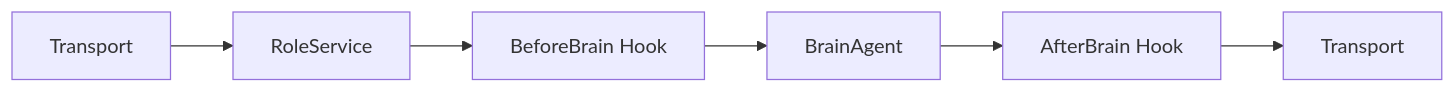
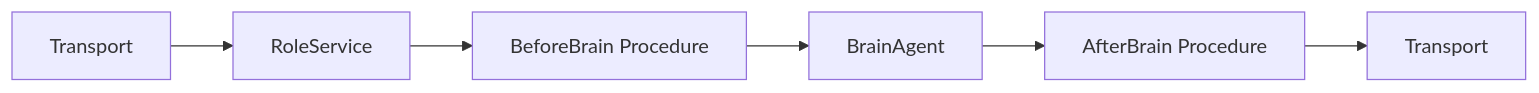
The diagram in documents/role-service.md (FredYakumo/zihuan-next), drawn with Mermaid before and after one commit. The commit also changed other lines of this file and 25 other files, not shown here.

````diff
--- a/documents/role-service.md
+++ b/documents/role-service.md
@@ -40,8 +40,8 @@
 ```mermaid
 flowchart LR
     transport_in["Transport"] --> role["RoleService"]
-    role --> before["BeforeBrain Hook"]
+    role --> before["BeforeBrain Procedure"]
     before --> brain["BrainAgent"]
-    brain --> after["AfterBrain Hook"]
+    brain --> after["AfterBrain Procedure"]
     after --> transport_out["Transport"]
 ```
````
